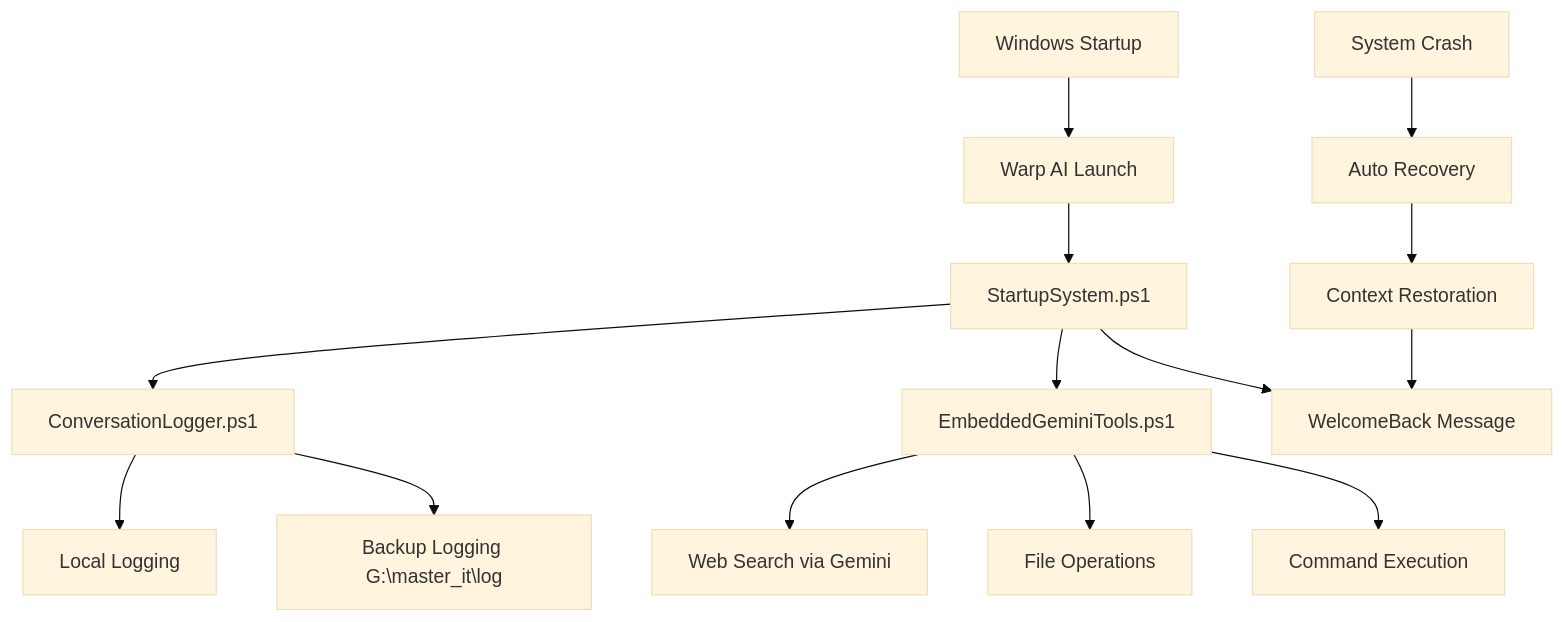
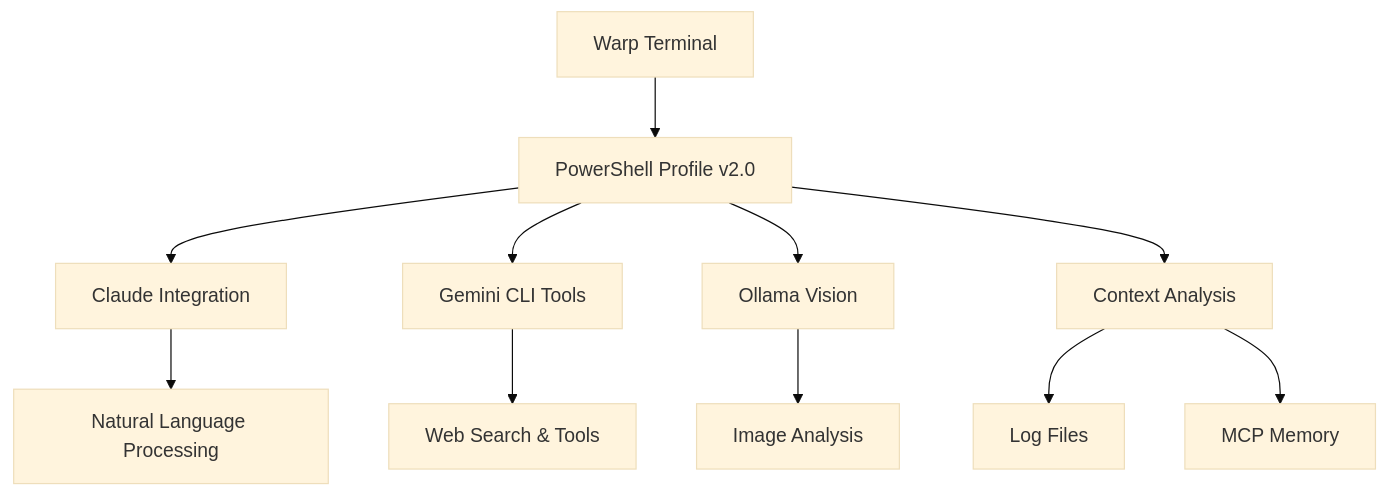
One commit to hlsitechio/warp-ai-enhancement-suite changed the diagram in README.md. Above: the diagram before and after it, drawn with Mermaid (base theme). The commit also changed other lines of this file, not shown here.

````diff
--- a/README.md
+++ b/README.md
@@ -59,19 +113,13 @@
 ```mermaid
 graph TD
-    A[Windows Startup] --> B[Warp AI Launch]
-    B --> C[StartupSystem.ps1]
-    C --> D[ConversationLogger.ps1]
-    C --> E[EmbeddedGeminiTools.ps1]
-    C --> F[WelcomeBack Message]
-    
-    D --> G[Local Logging]
-    D --> H[Backup Logging G:\master_it\log]
-    
-    E --> I[Web Search via Gemini]
-    E --> J[File Operations]
-    E --> K[Command Execution]
-    
-    L[System Crash] --> M[Auto Recovery]
-    M --> N[Context Restoration]
-    N --> F
+    A[Warp Terminal] --> B[PowerShell Profile v2.0]
+    B --> C[Claude Integration]
+    B --> D[Gemini CLI Tools]
+    B --> E[Ollama Vision]
+    B --> F[Context Analysis]
+    F --> G[Log Files]
+    F --> H[MCP Memory]
+    C --> I[Natural Language Processing]
+    D --> J[Web Search & Tools]
+    E --> K[Image Analysis]
 ```
````
